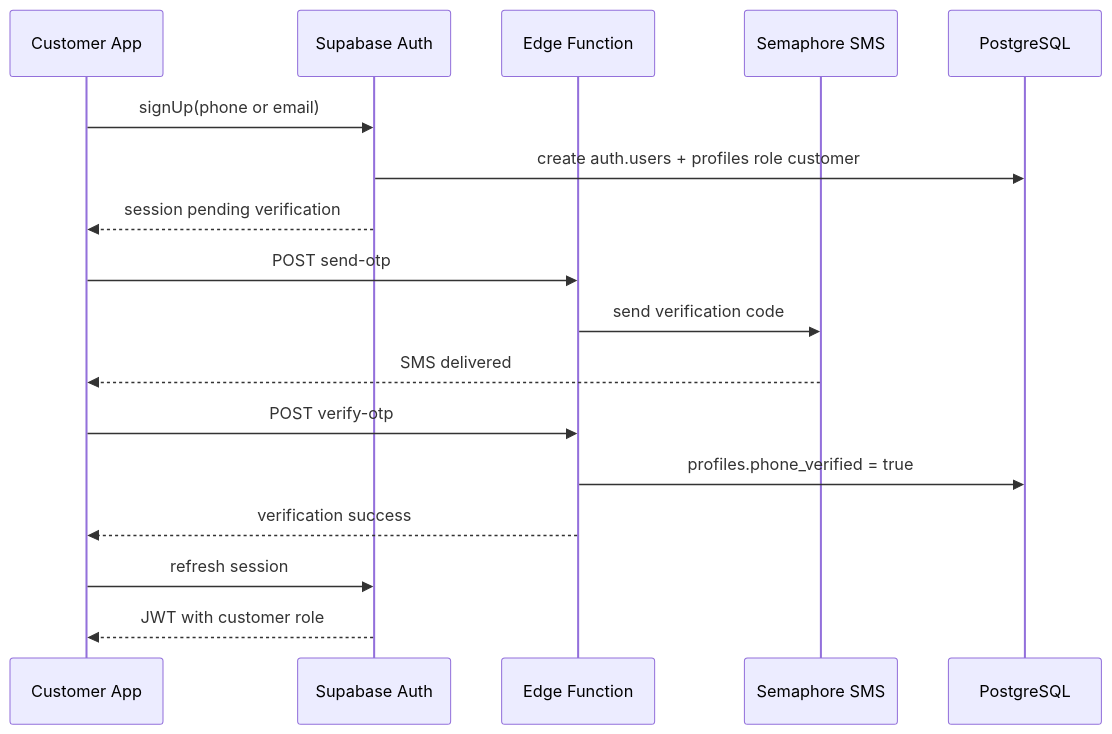
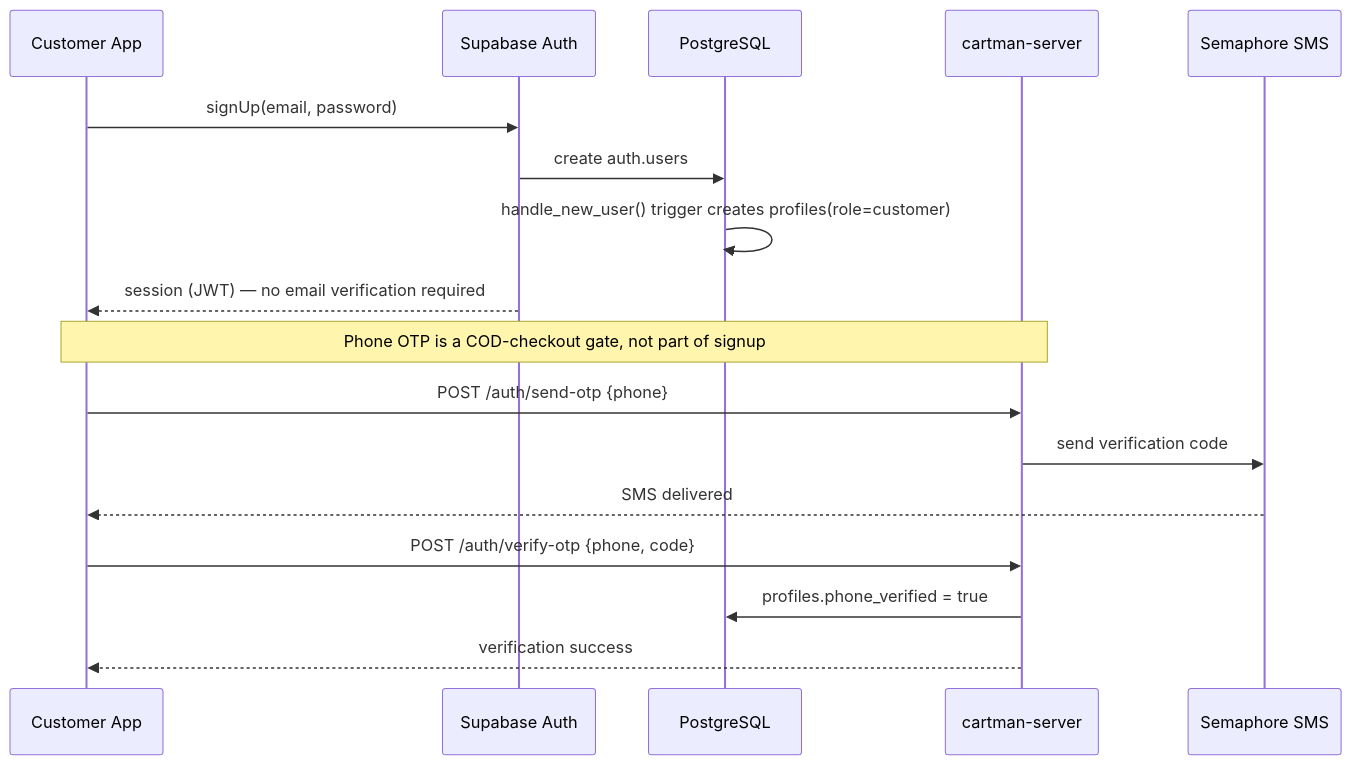
One commit to xzen-projects/cartman-ph-docs changed the first of 13 diagrams in docs/breakdown/flows.md. Above: the diagram before and after it, drawn with Mermaid. The commit also changed other lines of this file and 3 other files, not shown here.

First line of the commit message:
docs: mirror architecture reconciliation into breakdown docs

````diff
--- a/docs/breakdown/flows.md
+++ b/docs/breakdown/flows.md
@@ -32,20 +33,20 @@
 ```mermaid
 sequenceDiagram
   participant C as Customer App
   participant Auth as Supabase Auth
-  participant Edge as Edge Function
+  participant DB as PostgreSQL
+  participant Server as cartman-server
   participant SMS as Semaphore SMS
-  participant DB as PostgreSQL
 
-  C->>Auth: signUp(phone or email)
-  Auth->>DB: create auth.users + profiles role customer
-  Auth-->>C: session pending verification
-  C->>Edge: POST send-otp
-  Edge->>SMS: send verification code
+  C->>Auth: signUp(email, password)
+  Auth->>DB: create auth.users
+  DB->>DB: handle_new_user() trigger creates profiles(role=customer)
+  Auth-->>C: session (JWT) — no email verification required
+  Note over C,Server: Phone OTP is a COD-checkout gate, not part of signup
+  C->>Server: POST /auth/send-otp {phone}
+  Server->>SMS: send verification code
   SMS-->>C: SMS delivered
-  C->>Edge: POST verify-otp
-  Edge->>DB: profiles.phone_verified = true
-  Edge-->>C: verification success
-  C->>Auth: refresh session
-  Auth-->>C: JWT with customer role
+  C->>Server: POST /auth/verify-otp {phone, code}
+  Server->>DB: profiles.phone_verified = true
+  Server-->>C: verification success
 ```
````
